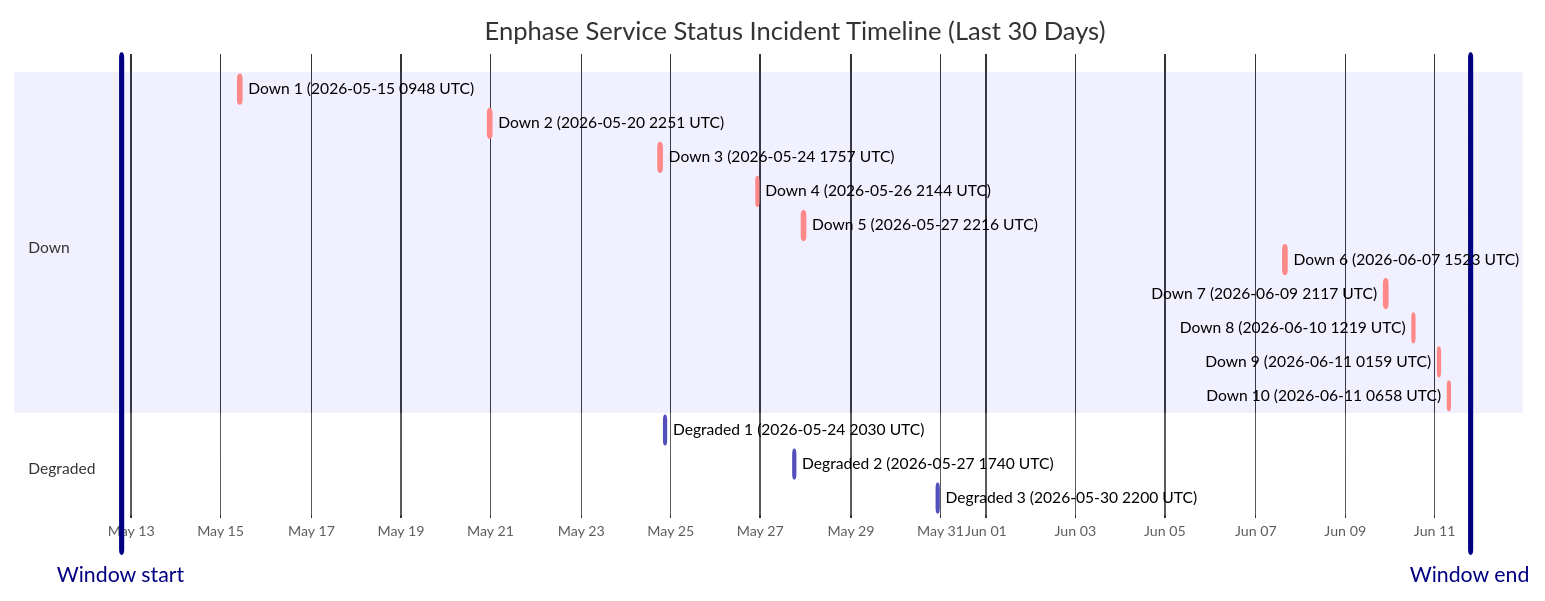
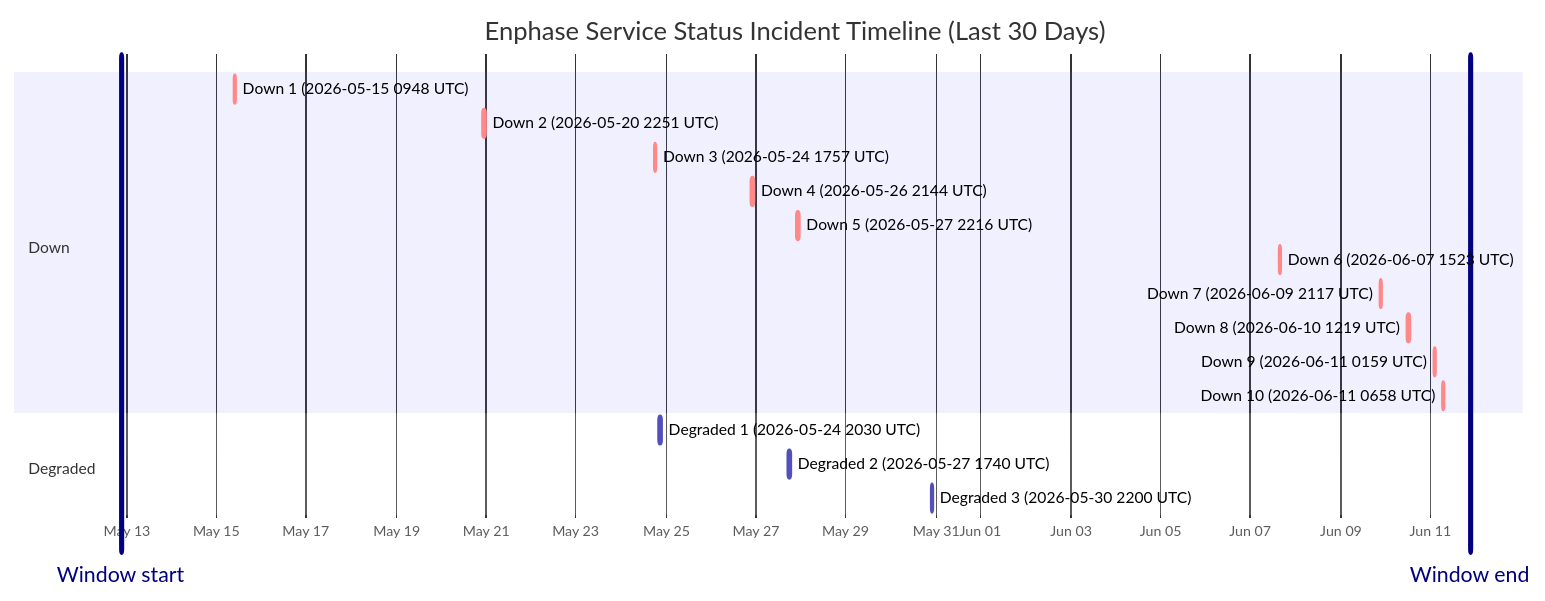
One commit to barneyonline/ha-enphase-energy changed the diagram in wiki/Service-Status-History.md. Above: the diagram before and after it, drawn with Mermaid. The commit also changed other lines of this file and 3 other files, not shown here.

````diff
--- a/wiki/Service-Status-History.md
+++ b/wiki/Service-Status-History.md
@@ -14,23 +14,23 @@
 ```mermaid
 gantt
     title Enphase Service Status Incident Timeline (Last 30 Days)
     dateFormat  YYYY-MM-DDTHH:mm:ss
     axisFormat  %b %d
-    Window start :vert, window-start, 2026-05-12T18:34:20, 0ms
-    Window end :vert, window-end, 2026-06-11T18:34:20, 0ms
+    Window start :vert, window-start, 2026-05-12T21:18:49, 0ms
+    Window end :vert, window-end, 2026-06-11T21:18:49, 0ms
     section Down
     Down 1 (2026-05-15 0948 UTC) :crit, down-1, 2026-05-15T09:48:18, 60m
     Down 2 (2026-05-20 2251 UTC) :crit, down-2, 2026-05-20T22:51:14, 75m
     Down 3 (2026-05-24 1757 UTC) :crit, down-3, 2026-05-24T17:57:41, 86m
     Down 4 (2026-05-26 2144 UTC) :crit, down-4, 2026-05-26T21:44:11, 85m
     Down 5 (2026-05-27 2216 UTC) :crit, down-5, 2026-05-27T22:16:53, 87m
     Down 6 (2026-06-07 1523 UTC) :crit, down-6, 2026-06-07T15:23:22, 87m
     Down 7 (2026-06-09 2117 UTC) :crit, down-7, 2026-06-09T21:17:17, 60m
     Down 8 (2026-06-10 1219 UTC) :crit, down-8, 2026-06-10T12:19:21, 60m
     Down 9 (2026-06-11 0159 UTC) :crit, down-9, 2026-06-11T01:59:36, 60m
     Down 10 (2026-06-11 0658 UTC) :crit, down-10, 2026-06-11T06:58:45, 60m
     section Degraded
     Degraded 1 (2026-05-24 2030 UTC) :active, degraded-1, 2026-05-24T20:30:57, 84m
     Degraded 2 (2026-05-27 1740 UTC) :active, degraded-2, 2026-05-27T17:40:52, 60m
     Degraded 3 (2026-05-30 2200 UTC) :active, degraded-3, 2026-05-30T22:00:37, 60m
 ```
````
